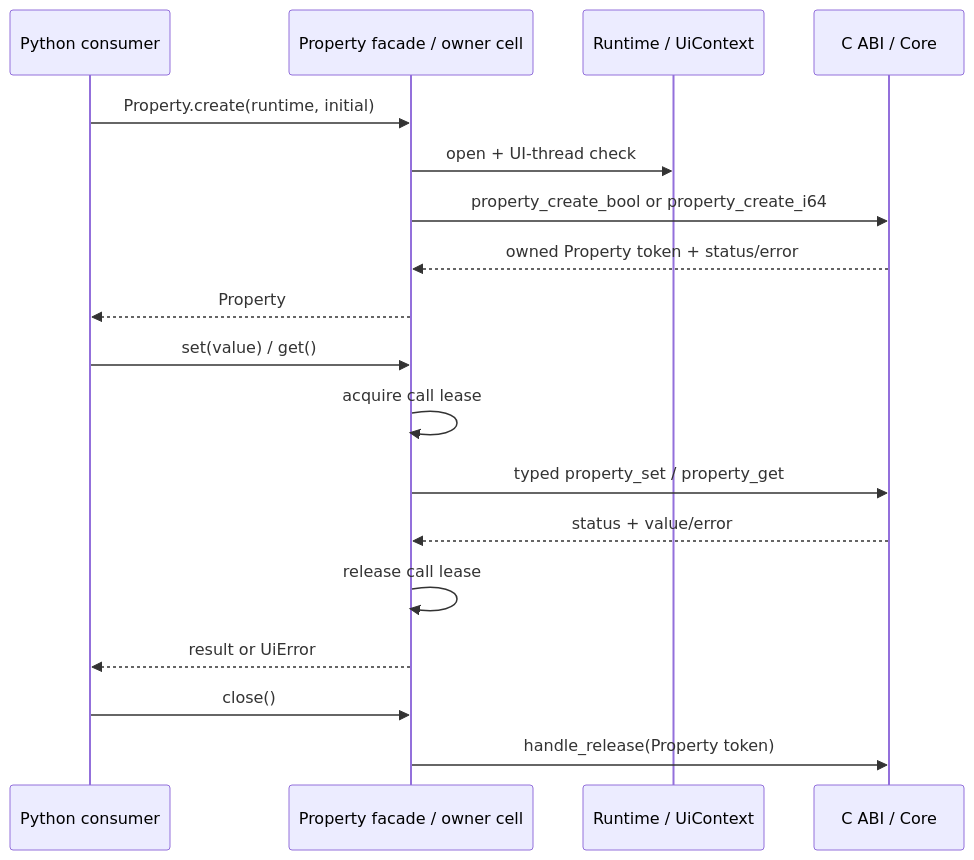
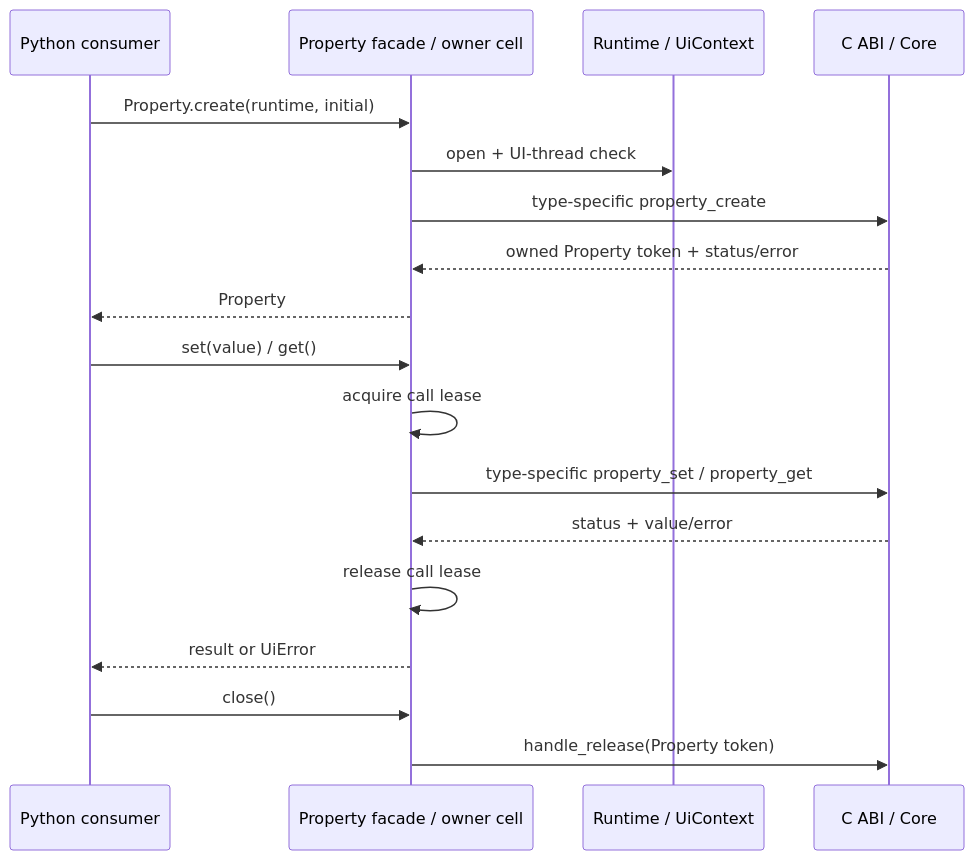
Before and after one commit to edamame-edame/freemvvm: the eighth of 9 diagrams in .docs/13_detail_design/wrappers/python.md, drawn with Mermaid. The commit also changed other lines of this file and 1 other file, not shown here.

````diff
--- a/.docs/13_detail_design/wrappers/python.md
+++ b/.docs/13_detail_design/wrappers/python.md
@@ -518,20 +519,20 @@
 ```mermaid
 sequenceDiagram
     participant App as Python consumer
     participant P as Property facade / owner cell
     participant R as Runtime / UiContext
     participant ABI as C ABI / Core
     App->>P: Property.create(runtime, initial)
     P->>R: open + UI-thread check
-    P->>ABI: property_create_bool or property_create_i64
+    P->>ABI: type-specific property_create
     ABI-->>P: owned Property token + status/error
     P-->>App: Property
     App->>P: set(value) / get()
     P->>P: acquire call lease
-    P->>ABI: typed property_set / property_get
+    P->>ABI: type-specific property_set / property_get
     ABI-->>P: status + value/error
     P->>P: release call lease
     P-->>App: result or UiError
     App->>P: close()
     P->>ABI: handle_release(Property token)
 ```
````
